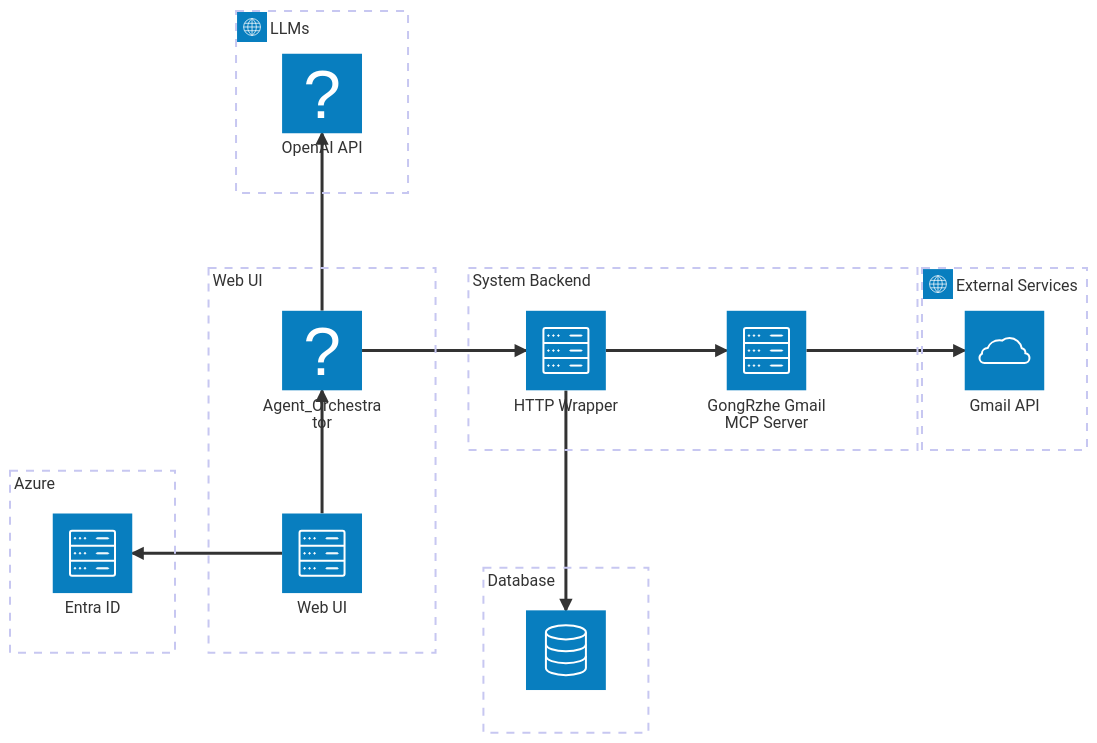
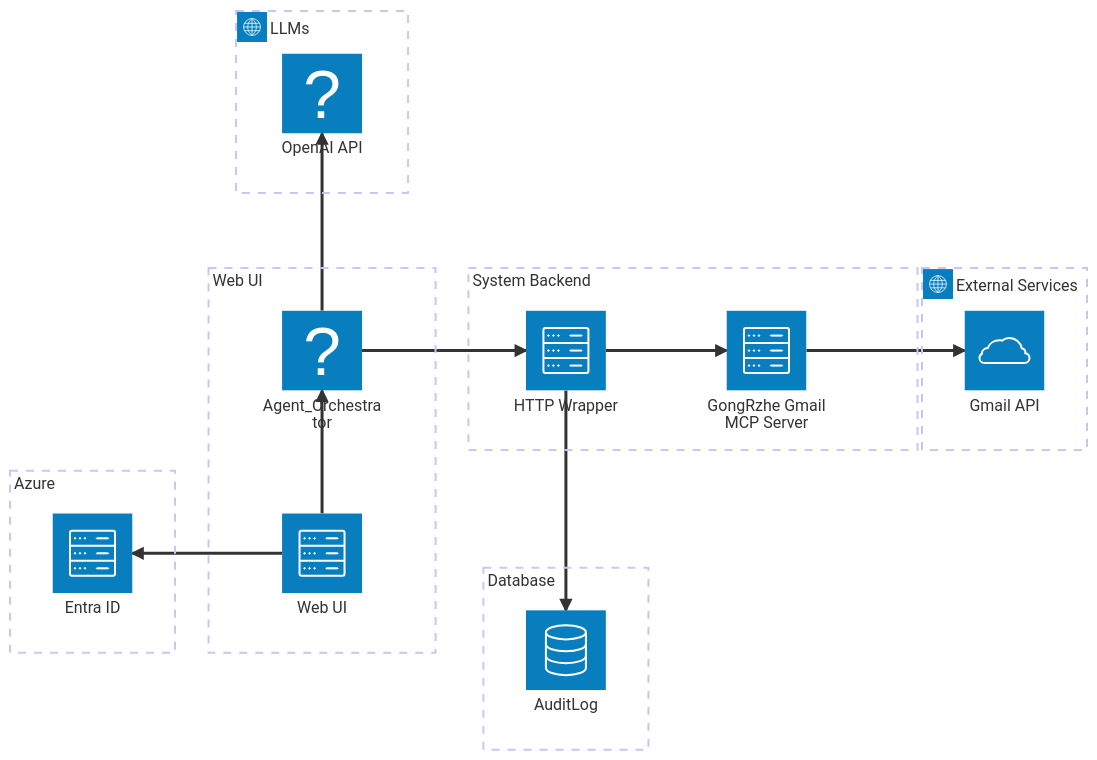
Before and after one commit to Blizzard-Of-Oz/cyber295-team3: the diagram in Diagrams/architecture.mmd, drawn with Mermaid.

Commit message:
Add label to auditlog service in architecture diagram

```diff
--- a/Diagrams/architecture.mmd
+++ b/Diagrams/architecture.mmd
@@ -1,29 +1,29 @@
 ---
 config:
   theme: mc
 ---
 architecture-beta
 
   group g_ui [Web UI]
   group g_entraid [Azure]
   group g_llms(internet)[LLMs]
   group g_mcp[System Backend]
   group g_db[Database]
   group g_ext(internet)[External Services]
 
   service web(server)[Web UI] in g_ui
   service entraid(server)[Entra ID] in g_entraid
   service agent(brain)[Agent_Orchestrator] in g_ui
   service orchestration(brain)[OpenAI API] in g_llms
   service http_wrapper(server)[HTTP Wrapper] in g_mcp
   service mcp(server)[GongRzhe Gmail MCP Server] in g_mcp
   service extsvc(cloud)[Gmail API] in g_ext
-  service auditlog(database) in g_db
+  service auditlog(database)[AuditLog] in g_db
 
   web:L --> R:entraid
   web:T --> B:agent
   agent:T --> B:orchestration
   agent:R --> L:http_wrapper
   http_wrapper:R --> L:mcp
   http_wrapper:B --> T:auditlog
   mcp:R --> L:extsvc
```
